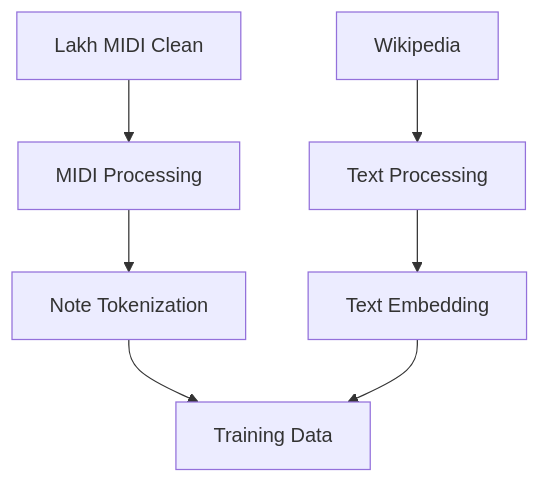
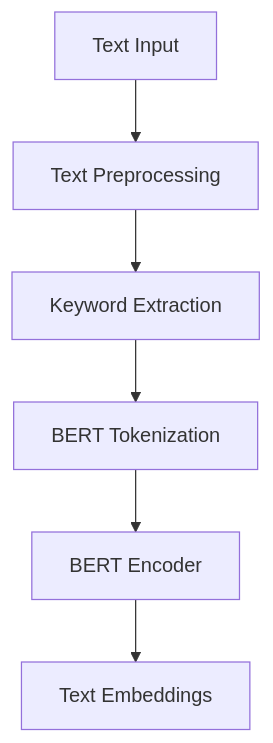
Before and after one commit to Baottq-dev/Hierarchical_Music_Transformer: the second of 5 diagrams in presentation_01.md, drawn with Mermaid. The commit also changed other lines of this file, not shown here.

````diff
--- a/presentation_01.md
+++ b/presentation_01.md
@@ -70,9 +53,8 @@
 ```mermaid
 graph TD
-    A[Lakh MIDI Clean] --> B[MIDI Processing]
-    C[Wikipedia] --> D[Text Processing]
-    B --> E[Note Tokenization]
-    D --> F[Text Embedding]
-    E --> G[Training Data]
-    F --> G
+    A[Text Input] --> B[Text Preprocessing]
+    B --> C[Keyword Extraction]
+    C --> D[BERT Tokenization]
+    D --> E[BERT Encoder]
+    E --> F[Text Embeddings]
 ```
````
